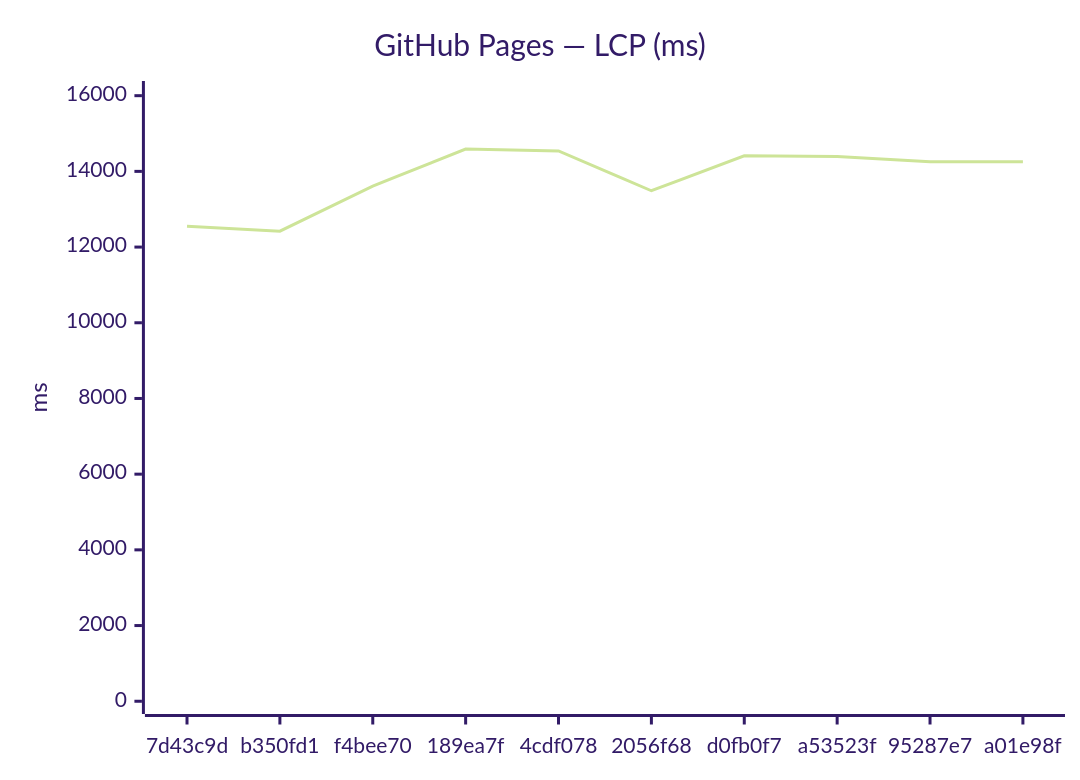
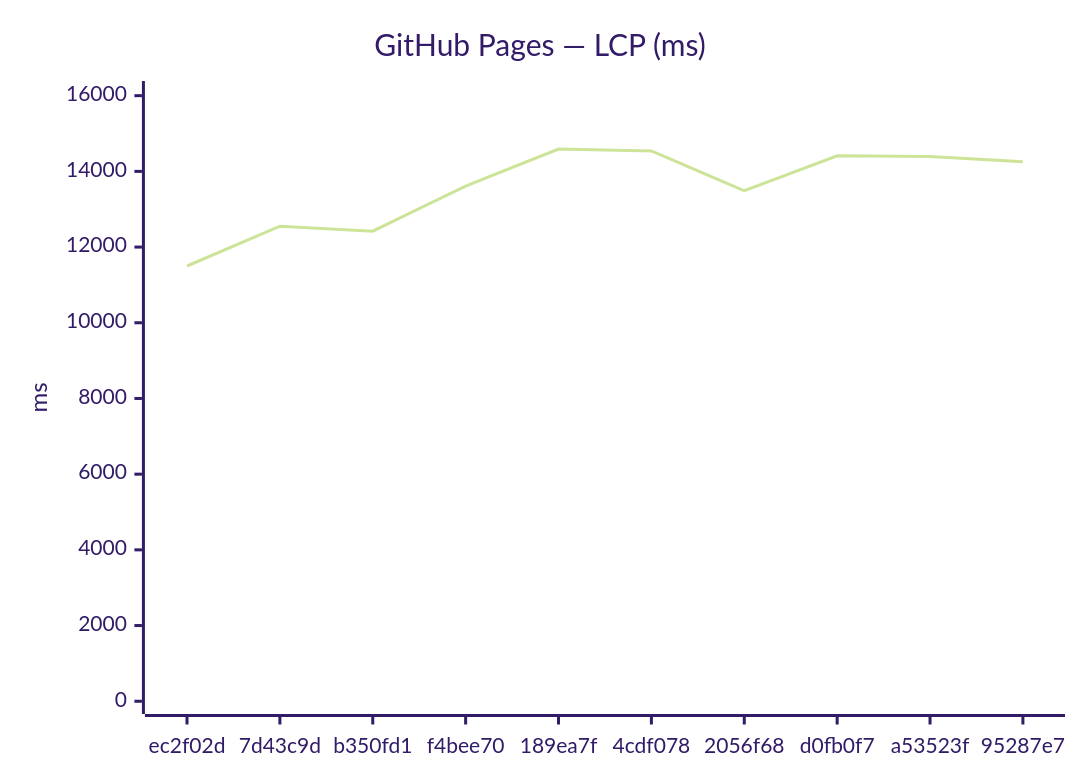
The third of 18 diagrams in benchmarks/compare.md (Metaheurist/Rianell), drawn with Mermaid (forest theme) before and after one commit. The commit also changed other lines of this file and 11 other files, not shown here.

````diff
--- a/benchmarks/compare.md
+++ b/benchmarks/compare.md
@@ -54,7 +54,7 @@
 ```mermaid
 xychart-beta
     title "GitHub Pages — LCP (ms)"
-    x-axis ["7d43c9d", "b350fd1", "f4bee70", "189ea7f", "4cdf078", "2056f68", "d0fb0f7", "a53523f", "95287e7", "a01e98f"]
+    x-axis ["ec2f02d", "7d43c9d", "b350fd1", "f4bee70", "189ea7f", "4cdf078", "2056f68", "d0fb0f7", "a53523f", "95287e7"]
     y-axis "ms" 0 --> 16051
-    line [12552, 12421, 13612, 14591, 14540, 13488, 14410, 14392, 14255, 14254]
+    line [11500, 12552, 12421, 13612, 14591, 14540, 13488, 14410, 14392, 14255]
 ```
````
